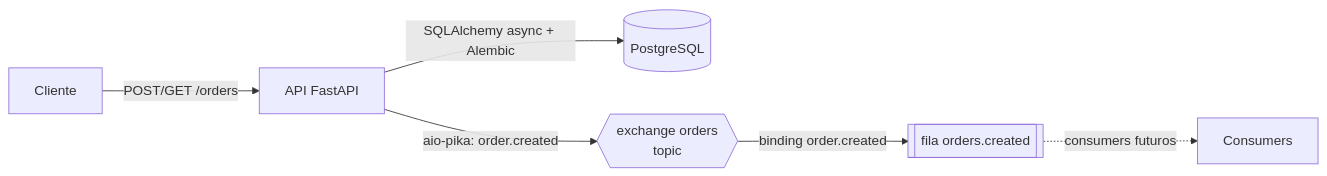
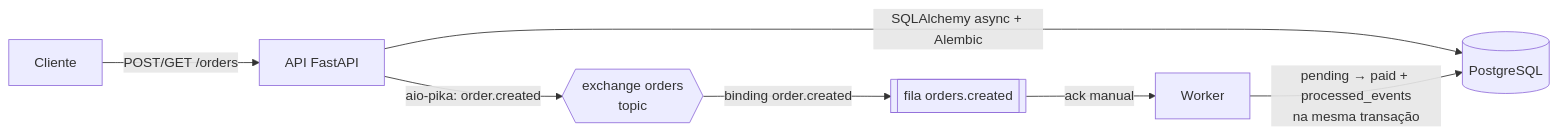
The diagram in README.md (victorflipe/api-orders), drawn with Mermaid before and after one commit. The commit also changed other lines of this file and 6 other files, not shown here.

First line of the commit message:
feat: add worker that consumes order.created and marks orders as paid

````diff
--- a/README.md
+++ b/README.md
@@ -9,8 +9,9 @@
 ```mermaid
 flowchart LR
     C[Cliente] -->|POST/GET /orders| API[API FastAPI]
     API -->|SQLAlchemy async + Alembic| PG[(PostgreSQL)]
     API -->|aio-pika: order.created| EX{{exchange orders<br/>topic}}
     EX -->|binding order.created| Q[[fila orders.created]]
-    Q -.->|consumers futuros| CONS[Consumers]
+    Q -->|ack manual| W[Worker]
+    W -->|pending → paid + processed_events<br/>na mesma transação| PG
 ```
````
